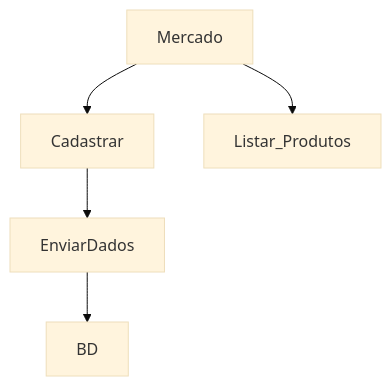
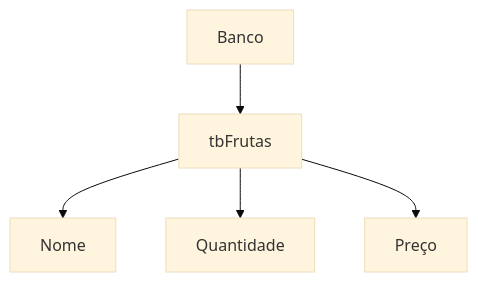
The diagram in README.md (quinhone/vendedor), drawn with Mermaid (base theme) before and after one commit.

````diff
--- a/README.md
+++ b/README.md
@@ -2,7 +2,8 @@
 ```mermaid
 graph TD
-Mercado --> Cadastrar
-Mercado --> Listar_Produtos 
-Cadastrar --> EnviarDados
-EnviarDados -->BD
+Banco
+Banco-->tbFrutas
+tbFrutas--> Nome
+tbFrutas--> Quantidade
+tbFrutas --> Preço
 ```
````
